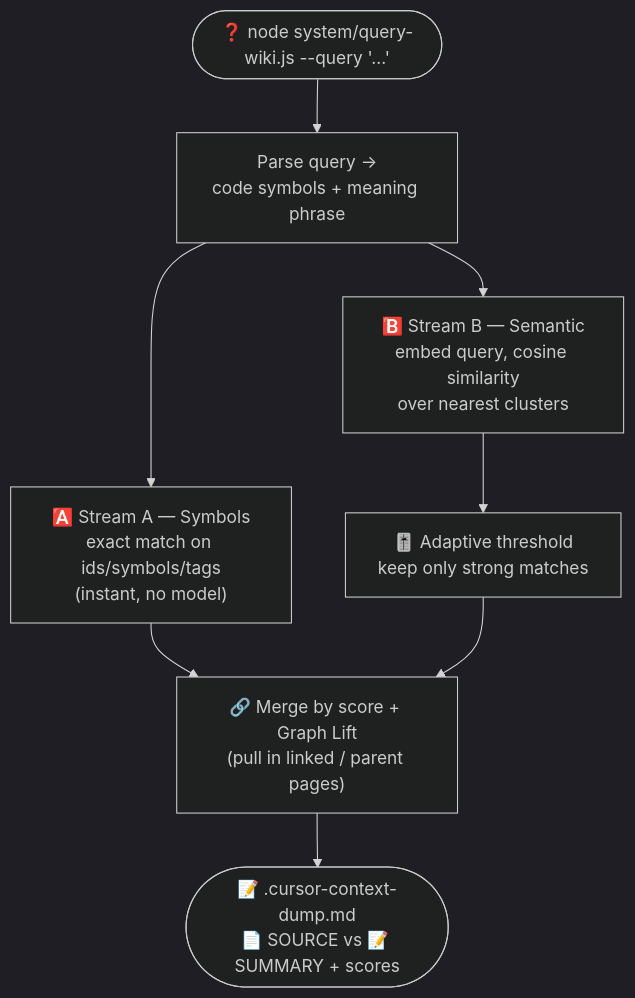
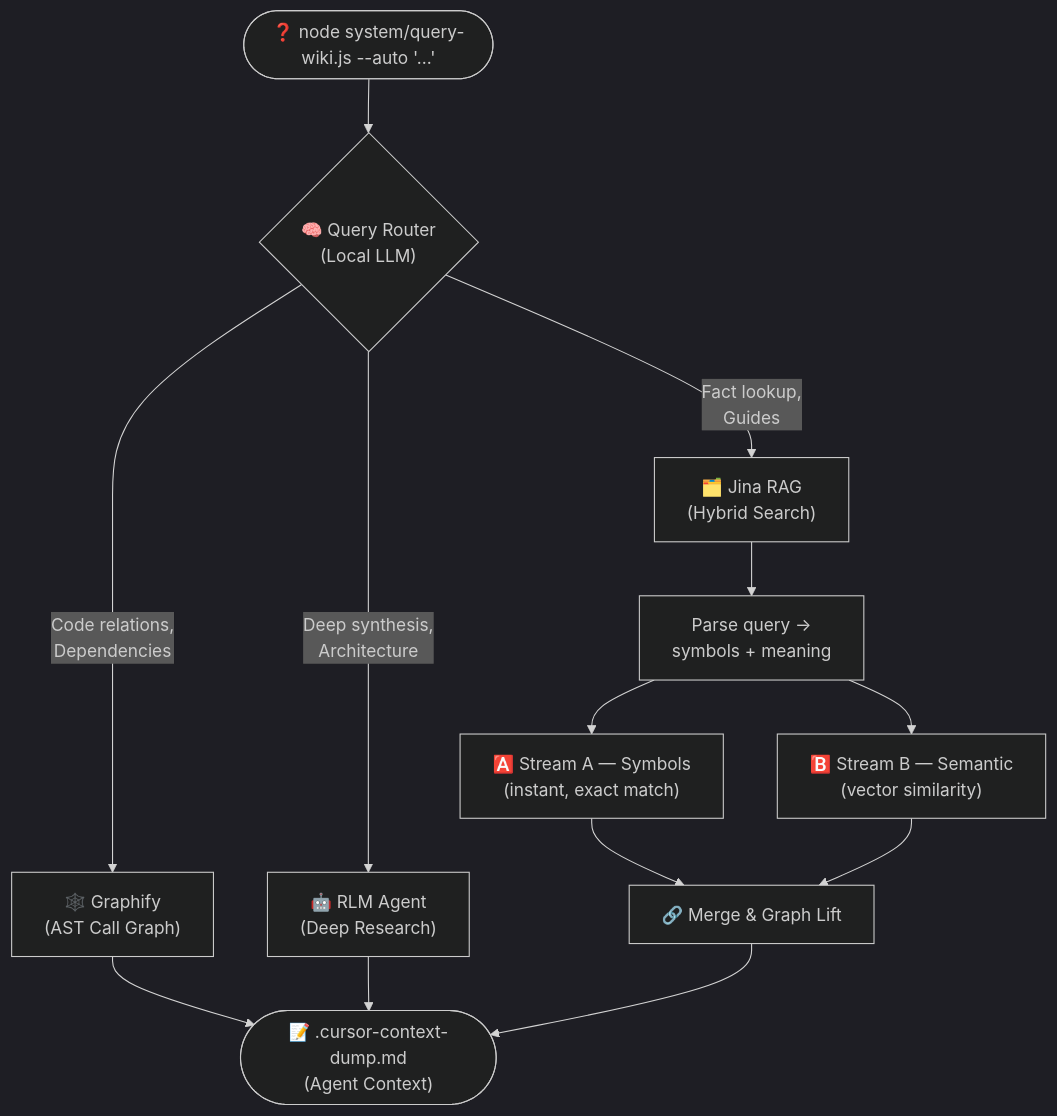
The eighth of 11 diagrams in README.md (gDavASko/DavASkoLLMWiki), drawn with Mermaid (dark theme) before and after one commit. The commit also changed other lines of this file and 21 other files, not shown here.

Commit message:
feat: integrate RLM, Graphify, and Smart Auto-Routing

````diff
--- a/README.md
+++ b/README.md
@@ -196,10 +196,15 @@
 ```mermaid
 flowchart TD
-    Q(["❓ node system/query-wiki.js --query '...'"]) --> P["Parse query →<br/>code symbols + meaning phrase"]
-    P --> A["🅰️ Stream A — Symbols<br/>exact match on ids/symbols/tags<br/>(instant, no model)"]
-    P --> B["🅱️ Stream B — Semantic<br/>embed query, cosine similarity<br/>over nearest clusters"]
-    B --> T["🎚️ Adaptive threshold<br/>keep only strong matches"]
-    A --> MERGE["🔗 Merge by score + Graph Lift<br/>(pull in linked / parent pages)"]
-    T --> MERGE
-    MERGE --> DUMP(["📝 .cursor-context-dump.md<br/>📄 SOURCE vs 📝 SUMMARY + scores"])
+    Q(["❓ node system/query-wiki.js --auto '...'"]) --> ROUTER{"🧠 Query Router<br/>(Local LLM)"}
+    
+    ROUTER -->|Code relations,<br/>Dependencies| G["🕸️ Graphify<br/>(AST Call Graph)"]
+    ROUTER -->|Deep synthesis,<br/>Architecture| RLM["🤖 RLM Agent<br/>(Deep Research)"]
+    ROUTER -->|Fact lookup,<br/>Guides| RAG["🗂️ Jina RAG<br/>(Hybrid Search)"]
+
+    RAG --> P["Parse query →<br/>symbols + meaning"]
+    P --> A["🅰️ Stream A — Symbols<br/>(instant, exact match)"]
+    P --> B["🅱️ Stream B — Semantic<br/>(vector similarity)"]
+    A & B --> MERGE["🔗 Merge & Graph Lift"]
+
+    G & RLM & MERGE --> DUMP(["📝 .cursor-context-dump.md<br/>(Agent Context)"])
 ```
````
